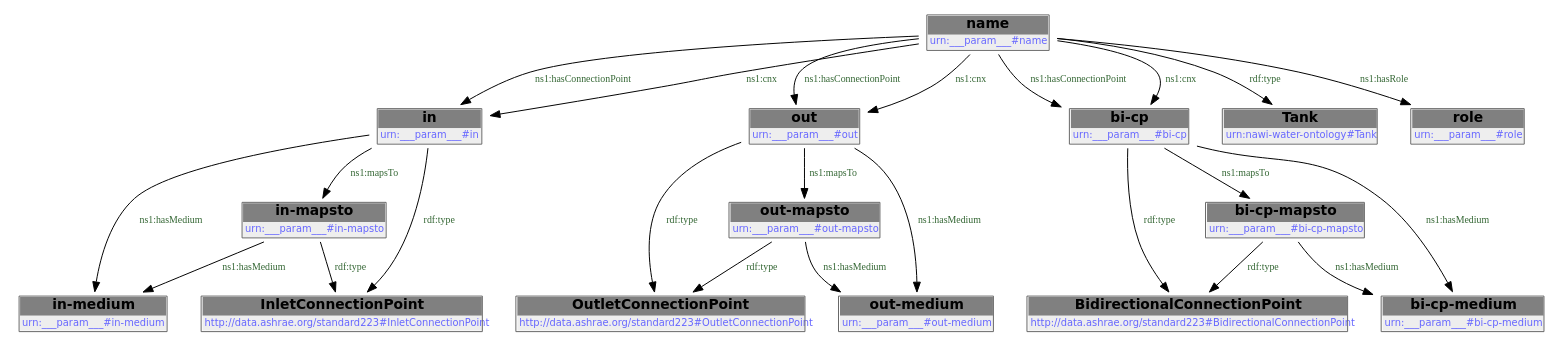
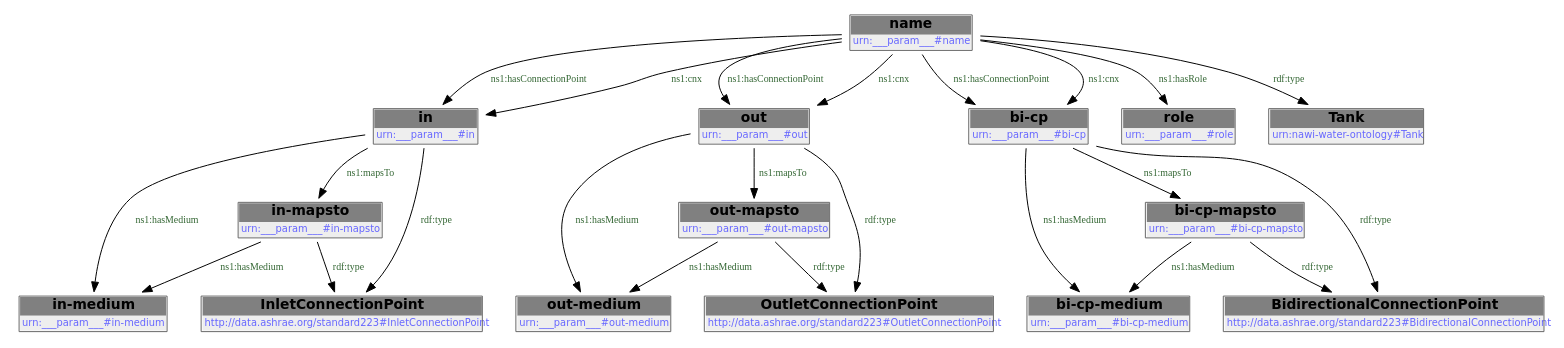
The second of 2 diagrams in docs/libraries/templates/tank.rst (DataDrivenCPS/water-ontology), drawn with Graphviz before and after one commit. The commit also changed 33 other files, not shown here.

```diff
--- a/docs/libraries/templates/tank.rst
+++ b/docs/libraries/templates/tank.rst
@@ -118,43 +118,43 @@
         .. graphviz::
 
                 digraph G {
             node [fontname="DejaVu Sans"];
-            node0 -> node1 [color=BLACK, label=< <font point-size='10' color='#336633'>rdf:type</font> >];
-            node2 -> node3 [color=BLACK, label=< <font point-size='10' color='#336633'>rdf:type</font> >];
-            node4 -> node5 [color=BLACK, label=< <font point-size='10' color='#336633'>ns1:hasConnectionPoint</font> >];
-            node6 -> node7 [color=BLACK, label=< <font point-size='10' color='#336633'>ns1:hasMedium</font> >];
-            node6 -> node0 [color=BLACK, label=< <font point-size='10' color='#336633'>ns1:mapsTo</font> >];
-            node8 -> node9 [color=BLACK, label=< <font point-size='10' color='#336633'>ns1:hasMedium</font> >];
-            node0 -> node7 [color=BLACK, label=< <font point-size='10' color='#336633'>ns1:hasMedium</font> >];
-            node2 -> node10 [color=BLACK, label=< <font point-size='10' color='#336633'>ns1:hasMedium</font> >];
-            node4 -> node5 [color=BLACK, label=< <font point-size='10' color='#336633'>ns1:cnx</font> >];
-            node4 -> node6 [color=BLACK, label=< <font point-size='10' color='#336633'>ns1:hasConnectionPoint</font> >];
-            node11 -> node3 [color=BLACK, label=< <font point-size='10' color='#336633'>rdf:type</font> >];
-            node8 -> node12 [color=BLACK, label=< <font point-size='10' color='#336633'>rdf:type</font> >];
-            node4 -> node6 [color=BLACK, label=< <font point-size='10' color='#336633'>ns1:cnx</font> >];
-            node4 -> node11 [color=BLACK, label=< <font point-size='10' color='#336633'>ns1:hasConnectionPoint</font> >];
-            node5 -> node9 [color=BLACK, label=< <font point-size='10' color='#336633'>ns1:hasMedium</font> >];
-            node5 -> node8 [color=BLACK, label=< <font point-size='10' color='#336633'>ns1:mapsTo</font> >];
-            node4 -> node13 [color=BLACK, label=< <font point-size='10' color='#336633'>rdf:type</font> >];
-            node4 -> node11 [color=BLACK, label=< <font point-size='10' color='#336633'>ns1:cnx</font> >];
+            node0 -> node1 [color=BLACK, label=< <font point-size='10' color='#336633'>ns1:hasConnectionPoint</font> >];
+            node1 -> node2 [color=BLACK, label=< <font point-size='10' color='#336633'>ns1:hasMedium</font> >];
+            node0 -> node3 [color=BLACK, label=< <font point-size='10' color='#336633'>ns1:hasConnectionPoint</font> >];
+            node4 -> node2 [color=BLACK, label=< <font point-size='10' color='#336633'>ns1:hasMedium</font> >];
+            node3 -> node5 [color=BLACK, label=< <font point-size='10' color='#336633'>ns1:hasMedium</font> >];
+            node0 -> node1 [color=BLACK, label=< <font point-size='10' color='#336633'>ns1:cnx</font> >];
+            node1 -> node6 [color=BLACK, label=< <font point-size='10' color='#336633'>rdf:type</font> >];
+            node0 -> node3 [color=BLACK, label=< <font point-size='10' color='#336633'>ns1:cnx</font> >];
+            node7 -> node8 [color=BLACK, label=< <font point-size='10' color='#336633'>rdf:type</font> >];
+            node9 -> node10 [color=BLACK, label=< <font point-size='10' color='#336633'>ns1:hasMedium</font> >];
+            node4 -> node6 [color=BLACK, label=< <font point-size='10' color='#336633'>rdf:type</font> >];
+            node3 -> node7 [color=BLACK, label=< <font point-size='10' color='#336633'>ns1:mapsTo</font> >];
             node11 -> node10 [color=BLACK, label=< <font point-size='10' color='#336633'>ns1:hasMedium</font> >];
-            node5 -> node12 [color=BLACK, label=< <font point-size='10' color='#336633'>rdf:type</font> >];
-            node11 -> node2 [color=BLACK, label=< <font point-size='10' color='#336633'>ns1:mapsTo</font> >];
-            node6 -> node1 [color=BLACK, label=< <font point-size='10' color='#336633'>rdf:type</font> >];
-            node4 -> node14 [color=BLACK, label=< <font point-size='10' color='#336633'>ns1:hasRole</font> >];
-            node0 [shape=none, color=black, label=< <table color='#666666' cellborder='0' cellspacing='0' border='1'><tr><td colspan='2' bgcolor='grey'><B>out-mapsto</B></td></tr><tr><td href='urn:___param___#out-mapsto' bgcolor='#eeeeee' colspan='2'><font point-size='10' color='#6666ff'>urn:___param___#out-mapsto</font></td></tr></table> >];
-            node1 [shape=none, color=black, label=< <table color='#666666' cellborder='0' cellspacing='0' border='1'><tr><td colspan='2' bgcolor='grey'><B>OutletConnectionPoint</B></td></tr><tr><td href='http://data.ashrae.org/standard223#OutletConnectionPoint' bgcolor='#eeeeee' colspan='2'><font point-size='10' color='#6666ff'>http://data.ashrae.org/standard223#OutletConnectionPoint</font></td></tr></table> >];
-            node2 [shape=none, color=black, label=< <table color='#666666' cellborder='0' cellspacing='0' border='1'><tr><td colspan='2' bgcolor='grey'><B>bi-cp-mapsto</B></td></tr><tr><td href='urn:___param___#bi-cp-mapsto' bgcolor='#eeeeee' colspan='2'><font point-size='10' color='#6666ff'>urn:___param___#bi-cp-mapsto</font></td></tr></table> >];
-            node3 [shape=none, color=black, label=< <table color='#666666' cellborder='0' cellspacing='0' border='1'><tr><td colspan='2' bgcolor='grey'><B>BidirectionalConnectionPoint</B></td></tr><tr><td href='http://data.ashrae.org/standard223#BidirectionalConnectionPoint' bgcolor='#eeeeee' colspan='2'><font point-size='10' color='#6666ff'>http://data.ashrae.org/standard223#BidirectionalConnectionPoint</font></td></tr></table> >];
-            node4 [shape=none, color=black, label=< <table color='#666666' cellborder='0' cellspacing='0' border='1'><tr><td colspan='2' bgcolor='grey'><B>name</B></td></tr><tr><td href='urn:___param___#name' bgcolor='#eeeeee' colspan='2'><font point-size='10' color='#6666ff'>urn:___param___#name</font></td></tr></table> >];
-            node5 [shape=none, color=black, label=< <table color='#666666' cellborder='0' cellspacing='0' border='1'><tr><td colspan='2' bgcolor='grey'><B>in</B></td></tr><tr><td href='urn:___param___#in' bgcolor='#eeeeee' colspan='2'><font point-size='10' color='#6666ff'>urn:___param___#in</font></td></tr></table> >];
-            node6 [shape=none, color=black, label=< <table color='#666666' cellborder='0' cellspacing='0' border='1'><tr><td colspan='2' bgcolor='grey'><B>out</B></td></tr><tr><td href='urn:___param___#out' bgcolor='#eeeeee' colspan='2'><font point-size='10' color='#6666ff'>urn:___param___#out</font></td></tr></table> >];
-            node7 [shape=none, color=black, label=< <table color='#666666' cellborder='0' cellspacing='0' border='1'><tr><td colspan='2' bgcolor='grey'><B>out-medium</B></td></tr><tr><td href='urn:___param___#out-medium' bgcolor='#eeeeee' colspan='2'><font point-size='10' color='#6666ff'>urn:___param___#out-medium</font></td></tr></table> >];
-            node8 [shape=none, color=black, label=< <table color='#666666' cellborder='0' cellspacing='0' border='1'><tr><td colspan='2' bgcolor='grey'><B>in-mapsto</B></td></tr><tr><td href='urn:___param___#in-mapsto' bgcolor='#eeeeee' colspan='2'><font point-size='10' color='#6666ff'>urn:___param___#in-mapsto</font></td></tr></table> >];
-            node9 [shape=none, color=black, label=< <table color='#666666' cellborder='0' cellspacing='0' border='1'><tr><td colspan='2' bgcolor='grey'><B>in-medium</B></td></tr><tr><td href='urn:___param___#in-medium' bgcolor='#eeeeee' colspan='2'><font point-size='10' color='#6666ff'>urn:___param___#in-medium</font></td></tr></table> >];
+            node3 -> node8 [color=BLACK, label=< <font point-size='10' color='#336633'>rdf:type</font> >];
+            node0 -> node11 [color=BLACK, label=< <font point-size='10' color='#336633'>ns1:hasConnectionPoint</font> >];
+            node7 -> node5 [color=BLACK, label=< <font point-size='10' color='#336633'>ns1:hasMedium</font> >];
+            node11 -> node9 [color=BLACK, label=< <font point-size='10' color='#336633'>ns1:mapsTo</font> >];
+            node0 -> node12 [color=BLACK, label=< <font point-size='10' color='#336633'>ns1:hasRole</font> >];
+            node0 -> node11 [color=BLACK, label=< <font point-size='10' color='#336633'>ns1:cnx</font> >];
+            node0 -> node13 [color=BLACK, label=< <font point-size='10' color='#336633'>rdf:type</font> >];
+            node9 -> node14 [color=BLACK, label=< <font point-size='10' color='#336633'>rdf:type</font> >];
+            node1 -> node4 [color=BLACK, label=< <font point-size='10' color='#336633'>ns1:mapsTo</font> >];
+            node11 -> node14 [color=BLACK, label=< <font point-size='10' color='#336633'>rdf:type</font> >];
+            node0 [shape=none, color=black, label=< <table color='#666666' cellborder='0' cellspacing='0' border='1'><tr><td colspan='2' bgcolor='grey'><B>name</B></td></tr><tr><td href='urn:___param___#name' bgcolor='#eeeeee' colspan='2'><font point-size='10' color='#6666ff'>urn:___param___#name</font></td></tr></table> >];
+            node1 [shape=none, color=black, label=< <table color='#666666' cellborder='0' cellspacing='0' border='1'><tr><td colspan='2' bgcolor='grey'><B>in</B></td></tr><tr><td href='urn:___param___#in' bgcolor='#eeeeee' colspan='2'><font point-size='10' color='#6666ff'>urn:___param___#in</font></td></tr></table> >];
+            node2 [shape=none, color=black, label=< <table color='#666666' cellborder='0' cellspacing='0' border='1'><tr><td colspan='2' bgcolor='grey'><B>in-medium</B></td></tr><tr><td href='urn:___param___#in-medium' bgcolor='#eeeeee' colspan='2'><font point-size='10' color='#6666ff'>urn:___param___#in-medium</font></td></tr></table> >];
+            node3 [shape=none, color=black, label=< <table color='#666666' cellborder='0' cellspacing='0' border='1'><tr><td colspan='2' bgcolor='grey'><B>out</B></td></tr><tr><td href='urn:___param___#out' bgcolor='#eeeeee' colspan='2'><font point-size='10' color='#6666ff'>urn:___param___#out</font></td></tr></table> >];
+            node4 [shape=none, color=black, label=< <table color='#666666' cellborder='0' cellspacing='0' border='1'><tr><td colspan='2' bgcolor='grey'><B>in-mapsto</B></td></tr><tr><td href='urn:___param___#in-mapsto' bgcolor='#eeeeee' colspan='2'><font point-size='10' color='#6666ff'>urn:___param___#in-mapsto</font></td></tr></table> >];
+            node5 [shape=none, color=black, label=< <table color='#666666' cellborder='0' cellspacing='0' border='1'><tr><td colspan='2' bgcolor='grey'><B>out-medium</B></td></tr><tr><td href='urn:___param___#out-medium' bgcolor='#eeeeee' colspan='2'><font point-size='10' color='#6666ff'>urn:___param___#out-medium</font></td></tr></table> >];
+            node6 [shape=none, color=black, label=< <table color='#666666' cellborder='0' cellspacing='0' border='1'><tr><td colspan='2' bgcolor='grey'><B>InletConnectionPoint</B></td></tr><tr><td href='http://data.ashrae.org/standard223#InletConnectionPoint' bgcolor='#eeeeee' colspan='2'><font point-size='10' color='#6666ff'>http://data.ashrae.org/standard223#InletConnectionPoint</font></td></tr></table> >];
+            node7 [shape=none, color=black, label=< <table color='#666666' cellborder='0' cellspacing='0' border='1'><tr><td colspan='2' bgcolor='grey'><B>out-mapsto</B></td></tr><tr><td href='urn:___param___#out-mapsto' bgcolor='#eeeeee' colspan='2'><font point-size='10' color='#6666ff'>urn:___param___#out-mapsto</font></td></tr></table> >];
+            node8 [shape=none, color=black, label=< <table color='#666666' cellborder='0' cellspacing='0' border='1'><tr><td colspan='2' bgcolor='grey'><B>OutletConnectionPoint</B></td></tr><tr><td href='http://data.ashrae.org/standard223#OutletConnectionPoint' bgcolor='#eeeeee' colspan='2'><font point-size='10' color='#6666ff'>http://data.ashrae.org/standard223#OutletConnectionPoint</font></td></tr></table> >];
+            node9 [shape=none, color=black, label=< <table color='#666666' cellborder='0' cellspacing='0' border='1'><tr><td colspan='2' bgcolor='grey'><B>bi-cp-mapsto</B></td></tr><tr><td href='urn:___param___#bi-cp-mapsto' bgcolor='#eeeeee' colspan='2'><font point-size='10' color='#6666ff'>urn:___param___#bi-cp-mapsto</font></td></tr></table> >];
             node10 [shape=none, color=black, label=< <table color='#666666' cellborder='0' cellspacing='0' border='1'><tr><td colspan='2' bgcolor='grey'><B>bi-cp-medium</B></td></tr><tr><td href='urn:___param___#bi-cp-medium' bgcolor='#eeeeee' colspan='2'><font point-size='10' color='#6666ff'>urn:___param___#bi-cp-medium</font></td></tr></table> >];
             node11 [shape=none, color=black, label=< <table color='#666666' cellborder='0' cellspacing='0' border='1'><tr><td colspan='2' bgcolor='grey'><B>bi-cp</B></td></tr><tr><td href='urn:___param___#bi-cp' bgcolor='#eeeeee' colspan='2'><font point-size='10' color='#6666ff'>urn:___param___#bi-cp</font></td></tr></table> >];
-            node12 [shape=none, color=black, label=< <table color='#666666' cellborder='0' cellspacing='0' border='1'><tr><td colspan='2' bgcolor='grey'><B>InletConnectionPoint</B></td></tr><tr><td href='http://data.ashrae.org/standard223#InletConnectionPoint' bgcolor='#eeeeee' colspan='2'><font point-size='10' color='#6666ff'>http://data.ashrae.org/standard223#InletConnectionPoint</font></td></tr></table> >];
+            node12 [shape=none, color=black, label=< <table color='#666666' cellborder='0' cellspacing='0' border='1'><tr><td colspan='2' bgcolor='grey'><B>role</B></td></tr><tr><td href='urn:___param___#role' bgcolor='#eeeeee' colspan='2'><font point-size='10' color='#6666ff'>urn:___param___#role</font></td></tr></table> >];
             node13 [shape=none, color=black, label=< <table color='#666666' cellborder='0' cellspacing='0' border='1'><tr><td colspan='2' bgcolor='grey'><B>Tank</B></td></tr><tr><td href='urn:nawi-water-ontology#Tank' bgcolor='#eeeeee' colspan='2'><font point-size='10' color='#6666ff'>urn:nawi-water-ontology#Tank</font></td></tr></table> >];
-            node14 [shape=none, color=black, label=< <table color='#666666' cellborder='0' cellspacing='0' border='1'><tr><td colspan='2' bgcolor='grey'><B>role</B></td></tr><tr><td href='urn:___param___#role' bgcolor='#eeeeee' colspan='2'><font point-size='10' color='#6666ff'>urn:___param___#role</font></td></tr></table> >];
+            node14 [shape=none, color=black, label=< <table color='#666666' cellborder='0' cellspacing='0' border='1'><tr><td colspan='2' bgcolor='grey'><B>BidirectionalConnectionPoint</B></td></tr><tr><td href='http://data.ashrae.org/standard223#BidirectionalConnectionPoint' bgcolor='#eeeeee' colspan='2'><font point-size='10' color='#6666ff'>http://data.ashrae.org/standard223#BidirectionalConnectionPoint</font></td></tr></table> >];
             }
```
